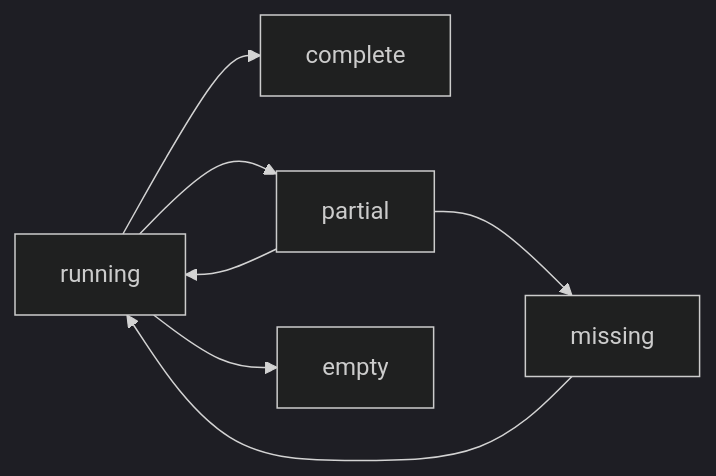
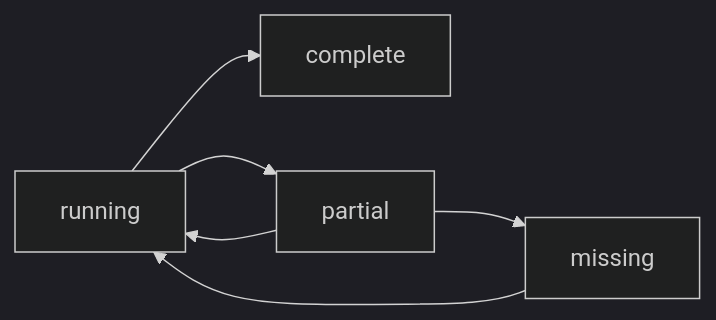
The diagram in docs/adr/0003-arc-state-and-data-metadata.md (ClusterlessHQ/clusterless), drawn with Mermaid (dark theme) before and after one commit. The commit also changed other lines of this file and 35 other files, not shown here.

````diff
--- a/docs/adr/0003-arc-state-and-data-metadata.md
+++ b/docs/adr/0003-arc-state-and-data-metadata.md
@@ -158,9 +153,8 @@
 ```mermaid
 graph LR;
     running-->complete;
     running-->partial;
-    running-->empty;
     partial-->running;
     partial-->missing;
     missing-->running;
 ```
````
